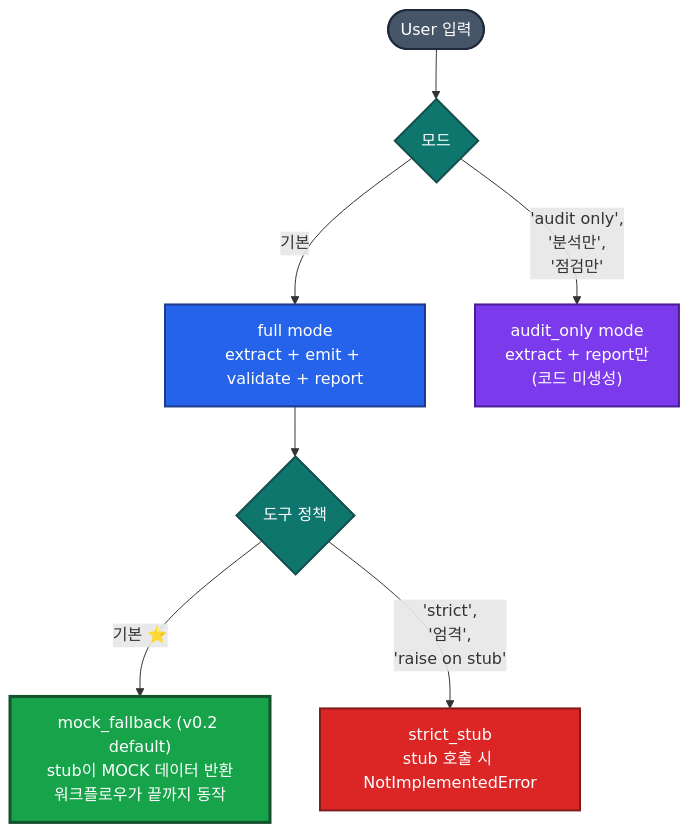
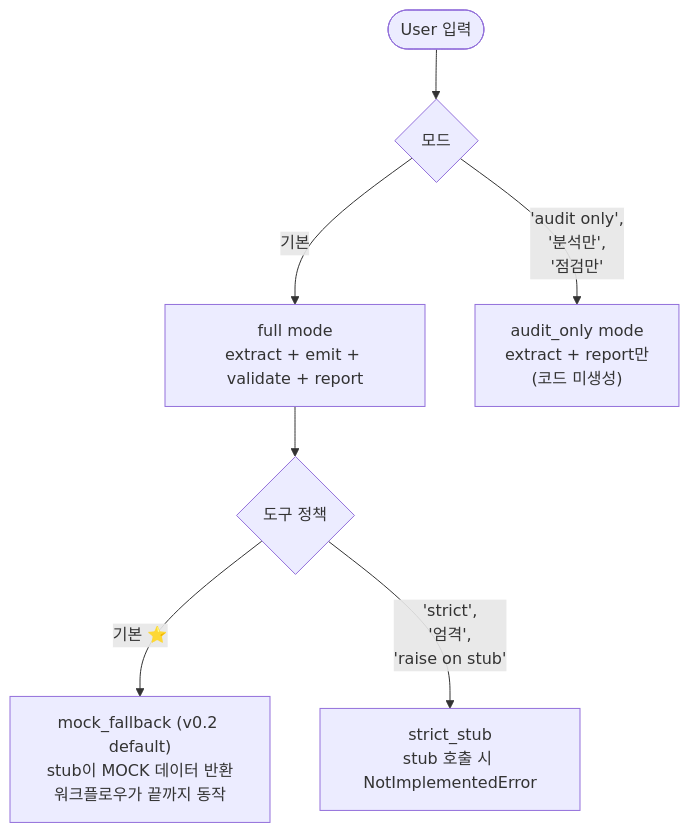
Before and after one commit to tykimos/harness2deepagents: the ninth of 10 diagrams in README.md, drawn with Mermaid. The commit also changed other lines of this file and 1 other file, not shown here.

First line of the commit message:
style(readme): drop mermaid color styling, use default theme

````diff
--- a/README.md
+++ b/README.md
@@ -394,21 +359,15 @@
 ```mermaid
 flowchart TB
-    classDef start fill:#475569,color:#fff,stroke:#1e293b,stroke-width:2px
-    classDef branch fill:#0f766e,color:#fff,stroke:#134e4a,stroke-width:2px
-    classDef full fill:#2563eb,color:#fff,stroke:#1e3a8a,stroke-width:2px
-    classDef audit fill:#7c3aed,color:#fff,stroke:#4c1d95,stroke-width:2px
-    classDef mock fill:#16a34a,color:#fff,stroke:#14532d,stroke-width:3px
-    classDef strict fill:#dc2626,color:#fff,stroke:#7f1d1d,stroke-width:2px
 
-    U([User 입력]):::start
-    M{모드}:::branch
-    Tm{도구 정책}:::branch
+    U([User 입력])
+    M{모드}
+    Tm{도구 정책}
 
     U --> M
-    M -->|"기본"| Full["full mode<br/>extract + emit + validate + report"]:::full
-    M -->|"'audit only',<br/>'분석만',<br/>'점검만'"| Audit["audit_only mode<br/>extract + report만<br/>(코드 미생성)"]:::audit
+    M -->|"기본"| Full["full mode<br/>extract + emit + validate + report"]
+    M -->|"'audit only',<br/>'분석만',<br/>'점검만'"| Audit["audit_only mode<br/>extract + report만<br/>(코드 미생성)"]
 
     Full --> Tm
-    Tm -->|"기본 ⭐"| MF["mock_fallback (v0.2 default)<br/>stub이 MOCK 데이터 반환<br/>워크플로우가 끝까지 동작"]:::mock
-    Tm -->|"'strict',<br/>'엄격',<br/>'raise on stub'"| SS["strict_stub<br/>stub 호출 시 NotImplementedError"]:::strict
+    Tm -->|"기본 ⭐"| MF["mock_fallback (v0.2 default)<br/>stub이 MOCK 데이터 반환<br/>워크플로우가 끝까지 동작"]
+    Tm -->|"'strict',<br/>'엄격',<br/>'raise on stub'"| SS["strict_stub<br/>stub 호출 시 NotImplementedError"]
 ```
````
